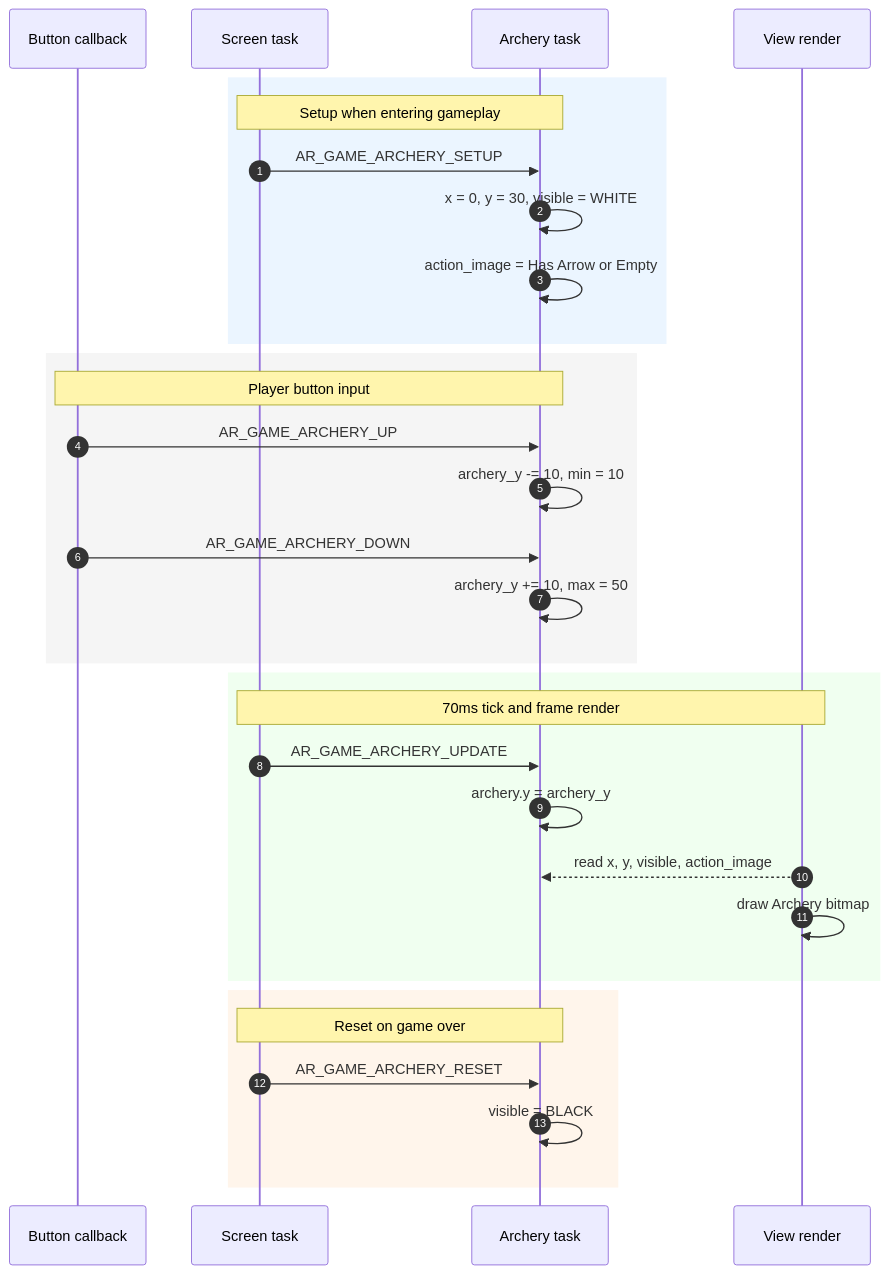
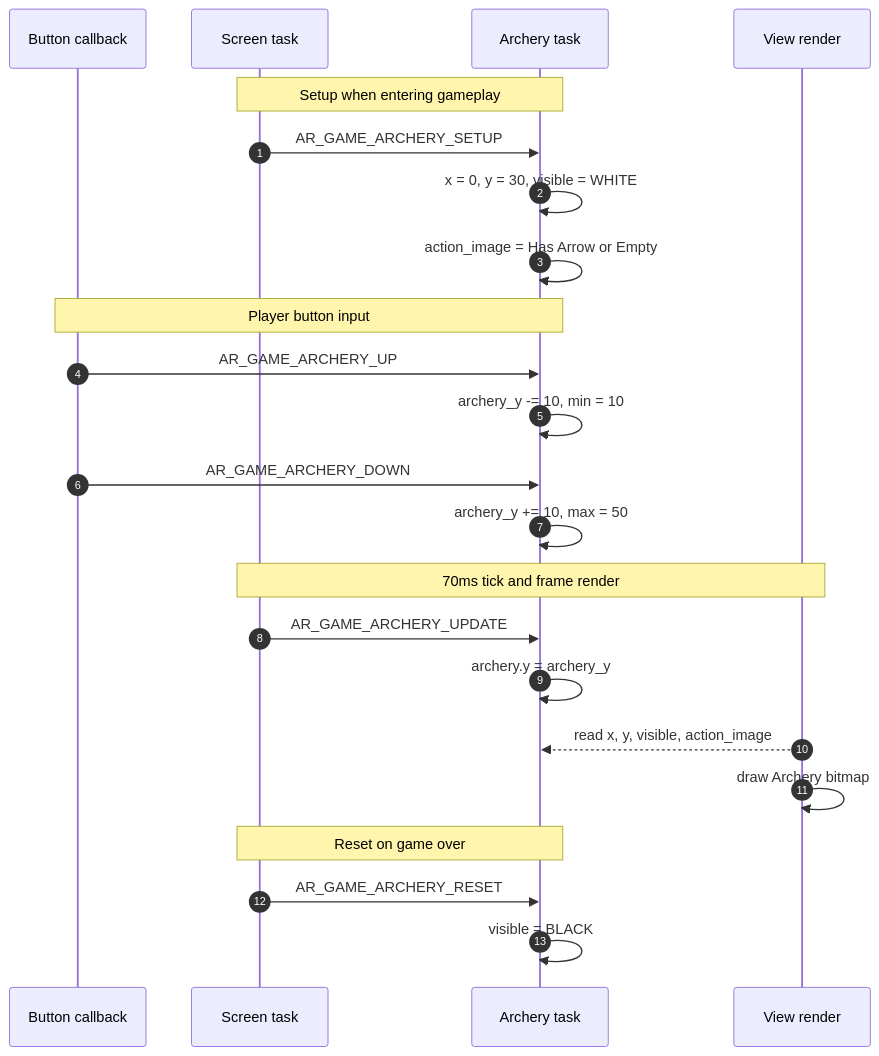
One commit to QuocBuu/archery_game changed the second of 7 diagrams in README.md. Above: the diagram before and after it, drawn with Mermaid. The commit also changed other lines of this file and 1 other file, not shown here.

````diff
--- a/README.md
+++ b/README.md
@@ -239,37 +229,29 @@
 ```mermaid
 sequenceDiagram
     autonumber
     participant Btn as Button callback
     participant Scr as Screen task
     participant A as Archery task
     participant View as View render
 
-    rect rgb(235, 245, 255)
-        Note over Scr,A: Setup when entering gameplay
-        Scr->>A: AR_GAME_ARCHERY_SETUP
-        A->>A: x = 0, y = 30, visible = WHITE
-        A->>A: action_image = Has Arrow or Empty
-    end
+    Note over Scr,A: Setup when entering gameplay
+    Scr->>A: AR_GAME_ARCHERY_SETUP
+    A->>A: x = 0, y = 30, visible = WHITE
+    A->>A: action_image = Has Arrow or Empty
 
-    rect rgb(245, 245, 245)
-        Note over Btn,A: Player button input
-        Btn->>A: AR_GAME_ARCHERY_UP
-        A->>A: archery_y -= 10, min = 10
-        Btn->>A: AR_GAME_ARCHERY_DOWN
-        A->>A: archery_y += 10, max = 50
-    end
+    Note over Btn,A: Player button input
+    Btn->>A: AR_GAME_ARCHERY_UP
+    A->>A: archery_y -= 10, min = 10
+    Btn->>A: AR_GAME_ARCHERY_DOWN
+    A->>A: archery_y += 10, max = 50
 
-    rect rgb(240, 255, 240)
-        Note over Scr,View: 70ms tick and frame render
-        Scr->>A: AR_GAME_ARCHERY_UPDATE
-        A->>A: archery.y = archery_y
-        View-->>A: read x, y, visible, action_image
-        View->>View: draw Archery bitmap
-    end
+    Note over Scr,View: 70ms tick and frame render
+    Scr->>A: AR_GAME_ARCHERY_UPDATE
+    A->>A: archery.y = archery_y
+    View-->>A: read x, y, visible, action_image
+    View->>View: draw Archery bitmap
 
-    rect rgb(255, 245, 235)
-        Note over Scr,A: Reset on game over
-        Scr->>A: AR_GAME_ARCHERY_RESET
-        A->>A: visible = BLACK
-    end
+    Note over Scr,A: Reset on game over
+    Scr->>A: AR_GAME_ARCHERY_RESET
+    A->>A: visible = BLACK
 ```
````
